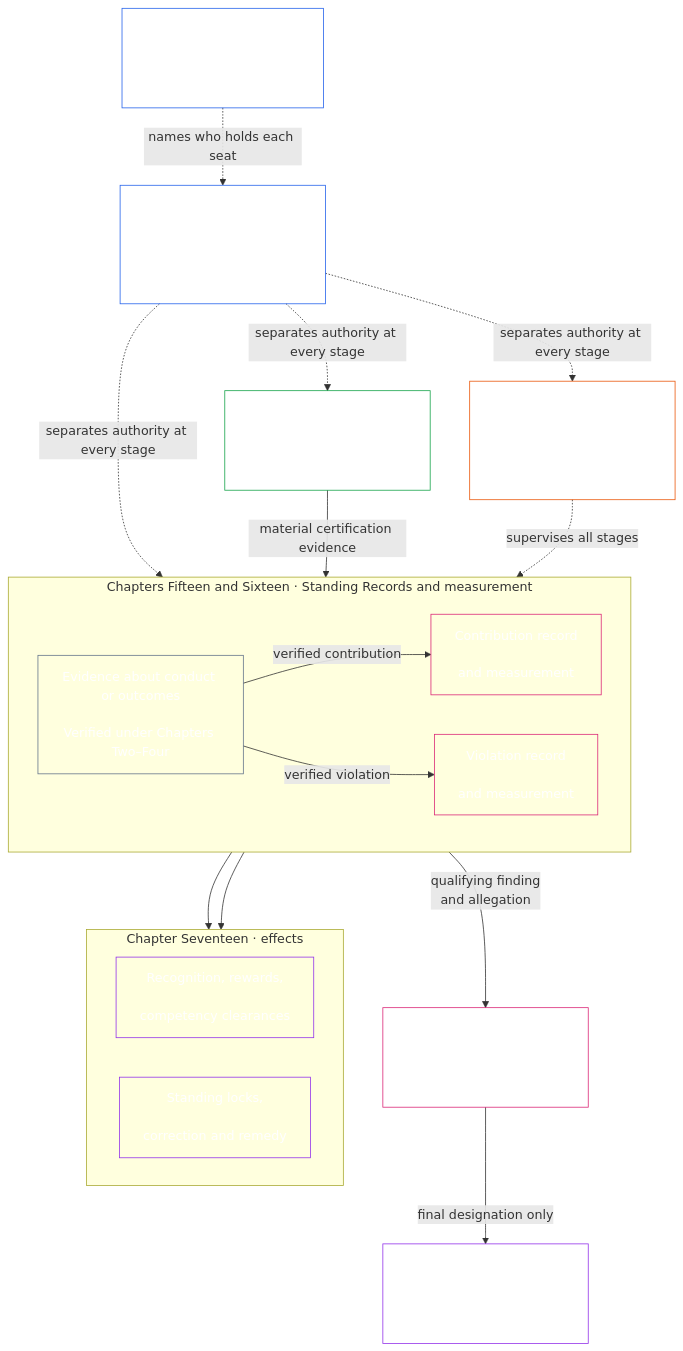
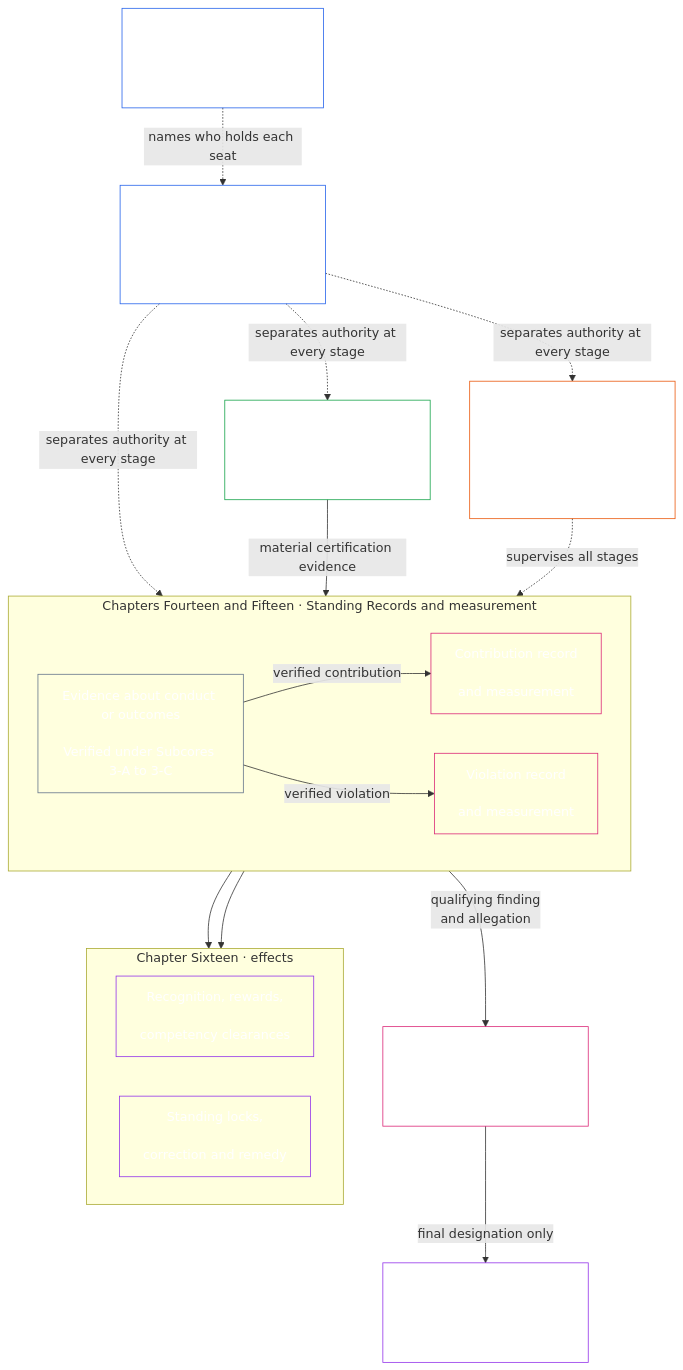
Diagram 15 of 24 in guides/CONCEPTUAL_OVERVIEW.md (kfoelsch/Sentient_Constitution), drawn with Mermaid before and after one commit. The commit also changed other lines of this file and 638 other files, not shown here.

First line of the commit message:
Core reorganization: Constitutional Map and Independent Bodies chapters, Chapter Three subcore, section 2 everywhere, renumbering to thirty chapters (move 823)

````diff
--- a/guides/CONCEPTUAL_OVERVIEW.md
+++ b/guides/CONCEPTUAL_OVERVIEW.md
@@ -755,43 +755,43 @@
 ```mermaid
 flowchart TB
-    K["Chapter Seven<br/><br/>System and Institutional<br/>Charters"]
-    D["Chapter Eight<br/><br/>Functional independence<br/>and separation of duties"]
-    S["Chapter Nine<br/><br/>System alignment certification"]
-    subgraph Q["Chapters Fifteen and Sixteen · Standing Records and measurement"]
+    K["Chapter Five<br/><br/>System and Institutional<br/>Charters"]
+    D["Chapter Six<br/><br/>Functional independence<br/>and separation of duties"]
+    S["Chapter Eight<br/><br/>System alignment certification"]
+    subgraph Q["Chapters Fourteen and Fifteen · Standing Records and measurement"]
         direction LR
-        E["Evidence about conduct or outcomes<br/><br/>Verified under Chapters Two–Four"]
+        E["Evidence about conduct or outcomes<br/><br/>Verified under Subcores 3-A to 3-C"]
         C["Contribution record<br/><br/>and measurement"]
         V["Violation record<br/><br/>and measurement"]
     end
-    subgraph N["Chapter Seventeen · effects"]
+    subgraph N["Chapter Sixteen · effects"]
         direction LR
         U["Recognition, rewards,<br/><br/>competency clearances"]
         R["Standing locks,<br/><br/>correction and remedy"]
     end
-    M["Chapter Twenty-One<br/><br/>Anti-constitutional misconduct review"]
-    L["Chapter Seventeen<br/><br/>Anti-Constitutional Trust Lock"]
-    F["Chapters Twenty-Three and Twenty-Four forums<br/><br/>Supervision, challenge and timely review"]
+    M["Chapter Twenty<br/><br/>Anti-constitutional misconduct review"]
+    L["Chapter Sixteen<br/><br/>Anti-Constitutional Trust Lock"]
+    F["Chapters Twenty-Two and Twenty-Three forums<br/><br/>Supervision, challenge and timely review"]
     K -.->|names who holds each seat| D
     D -.->|separates authority at every stage| S
     D -.->|separates authority at every stage| E
     D -.->|separates authority at every stage| F
     C --> U
     V --> R
     M -->|final designation only| L
     V -->|qualifying finding<br/>and allegation| M
     S -->|material certification evidence| E
     E -->|verified contribution| C
     E -->|verified violation| V
     F -.->|supervises all stages| E
     style K fill:none,stroke:#2563eb,color:#ffffff
     style D fill:none,stroke:#2563eb,color:#ffffff
     style S fill:none,stroke:#16a34a,color:#ffffff
     style E fill:none,stroke:#64748b,color:#ffffff
     style C fill:none,stroke:#db2777,color:#ffffff
     style V fill:none,stroke:#db2777,color:#ffffff
     style U fill:none,stroke:#9333ea,color:#ffffff
     style R fill:none,stroke:#9333ea,color:#ffffff
     style M fill:none,stroke:#db2777,color:#ffffff
     style L fill:none,stroke:#9333ea,color:#ffffff
     style F fill:none,stroke:#ea580c,color:#ffffff
 ```
````
